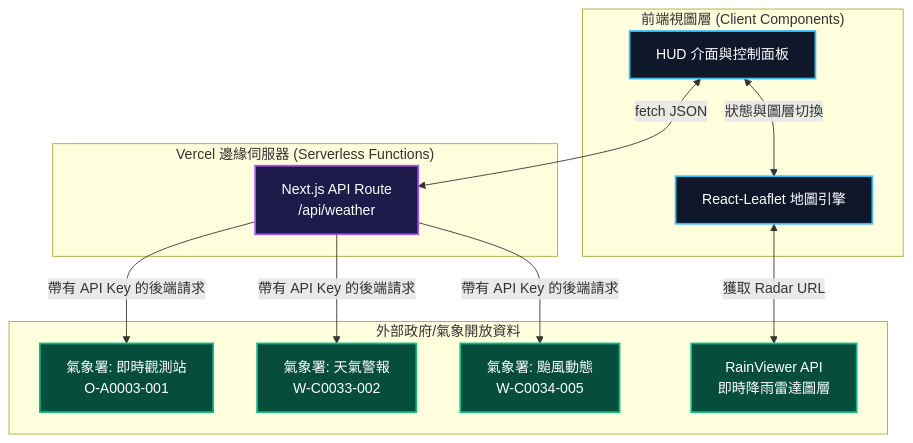
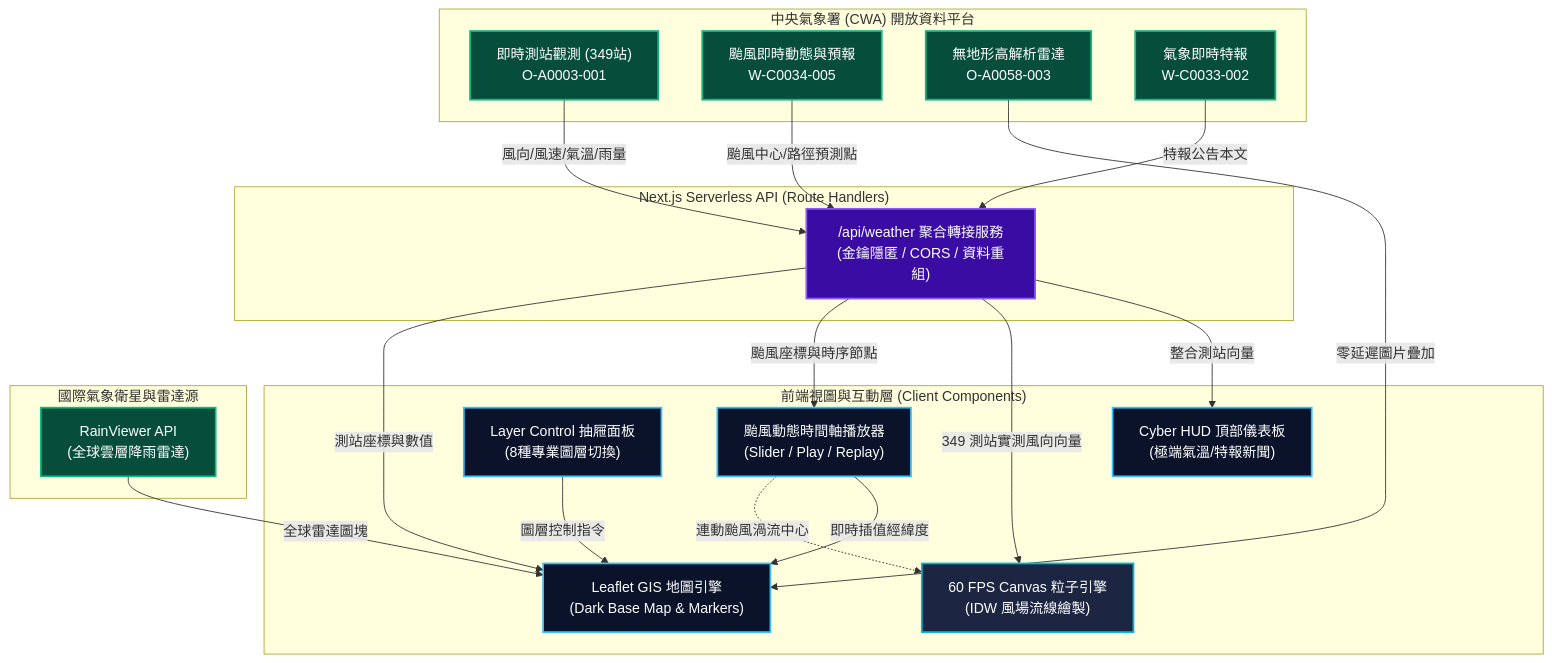
Before and after one commit to jex1235-coder/TaiwanWeather: the diagram in README.md, drawn with Mermaid. The commit also changed other lines of this file, not shown here.

Commit message:
docs: 全面更新 README 架構流程圖與風場粒子、颱風動態播放器、雙雷達詳細技術說明

````diff
--- a/README.md
+++ b/README.md
@@ -15,34 +28,52 @@
 ```mermaid
 flowchart TD
-    %% 定義樣式
-    classDef client fill:#0f172a,stroke:#38bdf8,stroke-width:2px,color:#fff
-    classDef server fill:#1e1b4b,stroke:#a855f7,stroke-width:2px,color:#fff
-    classDef external fill:#064e3b,stroke:#10b981,stroke-width:2px,color:#fff
-    classDef database fill:#7f1d1d,stroke:#ef4444,stroke-width:2px,color:#fff
+    %% 樣式定義
+    classDef client fill:#0b132b,stroke:#38bdf8,stroke-width:2px,color:#fff;
+    classDef canvas fill:#1c2541,stroke:#06b6d4,stroke-width:2px,color:#fff;
+    classDef server fill:#3a0ca3,stroke:#8b5cf6,stroke-width:2px,color:#fff;
+    classDef external fill:#064e3b,stroke:#10b981,stroke-width:2px,color:#fff;
+    classDef data fill:#4a0e17,stroke:#f43f5e,stroke-width:2px,color:#fff;
 
-    %% 節點
-    subgraph Frontend["前端視圖層 (Client Components)"]
-        UI[HUD 介面與控制面板]:::client
-        Map[React-Leaflet 地圖引擎]:::client
+    %% 前端層
+    subgraph Frontend["前端視圖與互動層 (Client Components)"]
+        HUD["Cyber HUD 頂部儀表板<br>(極端氣溫/特報新聞)"]:::client
+        Sidebar["Layer Control 抽屜面板<br>(8種專業圖層切換)"]:::client
+        Timeline["颱風動態時間軸播放器<br>(Slider / Play / Replay)"]:::client
+        Map["Leaflet GIS 地圖引擎<br>(Dark Base Map & Markers)"]:::client
+        CanvasEngine["60 FPS Canvas 粒子引擎<br>(IDW 風場流線繪製)"]:::canvas
     end
 
-    subgraph Backend["Vercel 邊緣伺服器 (Serverless Functions)"]
-        API[Next.js API Route<br>/api/weather]:::server
+    %% 後端層
+    subgraph Backend["Next.js Serverless API (Route Handlers)"]
+        API["/api/weather 聚合轉接服務<br>(金鑰隱匿 / CORS / 資料重組)"]:::server
     end
 
-    subgraph APIs["外部政府/氣象開放資料"]
-        CWA_Station[氣象署: 即時觀測站<br>O-A0003-001]:::external
-        CWA_Alert[氣象署: 天氣警報<br>W-C0033-002]:::external
-        CWA_Typhoon[氣象署: 颱風動態<br>W-C0034-005]:::external
-        RainViewer[RainViewer API<br>即時降雨雷達圖層]:::external
+    %% 外部資料源
+    subgraph CWA_APIs["中央氣象署 (CWA) 開放資料平台"]
+        CWA_Station["即時測站觀測 (349站)<br>O-A0003-001"]:::external
+        CWA_Typhoon["颱風即時動態與預報<br>W-C0034-005"]:::external
+        CWA_Radar["無地形高解析雷達<br>O-A0058-003"]:::external
+        CWA_News["氣象即時特報<br>W-C0033-002"]:::external
     end
 
-    %% 連線
-    UI <-->|狀態與圖層切換| Map
-    UI <-->|fetch JSON| API
-    Map <-->|獲取 Radar URL| RainViewer
-    
-    API -->|帶有 API Key 的後端請求| CWA_Station
-    API -->|帶有 API Key 的後端請求| CWA_Alert
-    API -->|帶有 API Key 的後端請求| CWA_Typhoon
+    subgraph Global_APIs["國際氣象衛星與雷達源"]
+        RainViewer["RainViewer API<br>(全球雲層降雨雷達)"]:::external
+    end
+
+    %% 資料流動
+    CWA_Station -->|風向/風速/氣溫/雨量| API
+    CWA_Typhoon -->|颱風中心/路徑預測點| API
+    CWA_News -->|特報公告本文| API
+
+    API -->|整合測站向量| HUD
+    API -->|349 測站實測風向向量| CanvasEngine
+    API -->|颱風座標與時序節點| Timeline
+    API -->|測站座標與數值| Map
+
+    CWA_Radar -->|零延遲圖片疊加| Map
+    RainViewer -->|全球雷達圖塊| Map
+
+    Timeline -->|即時插值經緯度| Map
+    Timeline -.->|連動颱風渦流中心| CanvasEngine
+    Sidebar -->|圖層控制指令| Map
 ```
````
